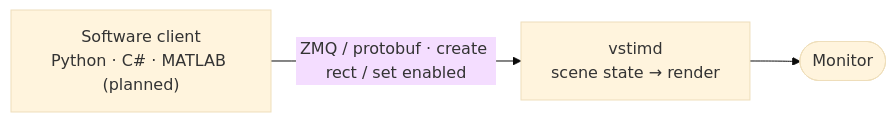
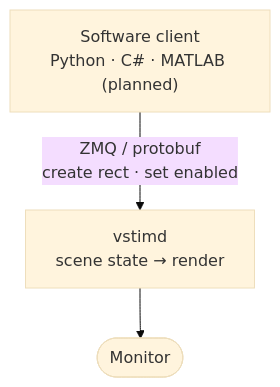
One commit to braemons/vstimd changed the second of 3 diagrams in docs/index.md. Above: the diagram before and after it, drawn with Mermaid (base theme). The commit also changed other lines of this file and 7 other files, not shown here.

First line of the commit message:
docs: convert ASCII diagrams to mermaid, fix wide diagrams, add reference links

````diff
--- a/docs/index.md
+++ b/docs/index.md
@@ -51,5 +53,5 @@
 ```mermaid
-flowchart LR
-    client["Software client<br/>Python · C# · MATLAB (planned)"] -->|"ZMQ / protobuf · create rect / set enabled"| vstimd["vstimd<br/>scene state → render"]
+flowchart TB
+    client["Software client<br/>Python · C# · MATLAB (planned)"] -->|"ZMQ / protobuf<br/>create rect · set enabled"| vstimd["vstimd<br/>scene state → render"]
     vstimd --> monitor([Monitor])
 ```
````
